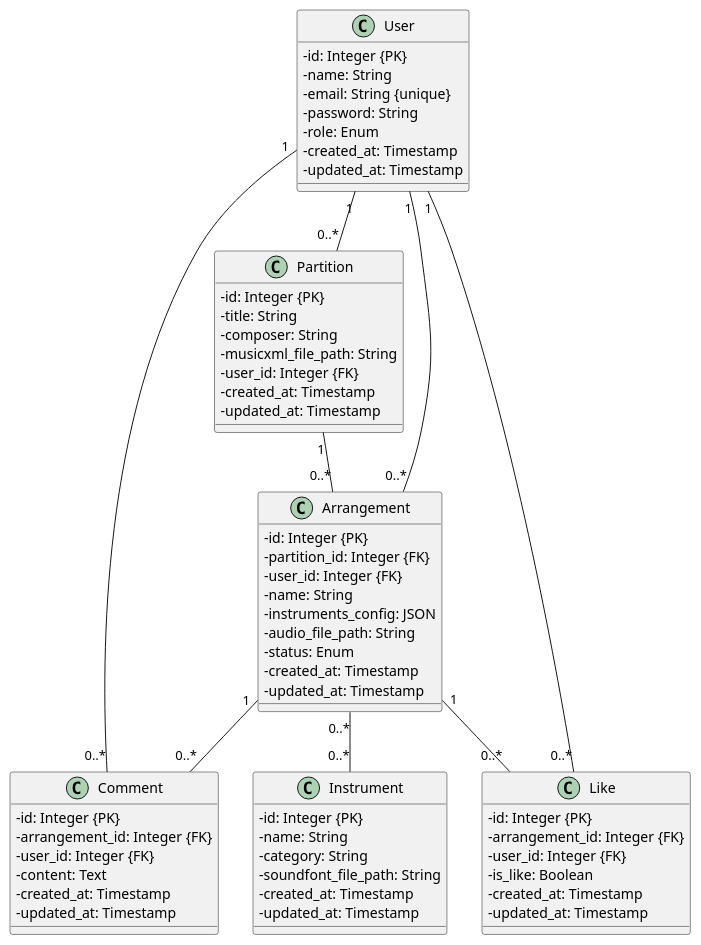
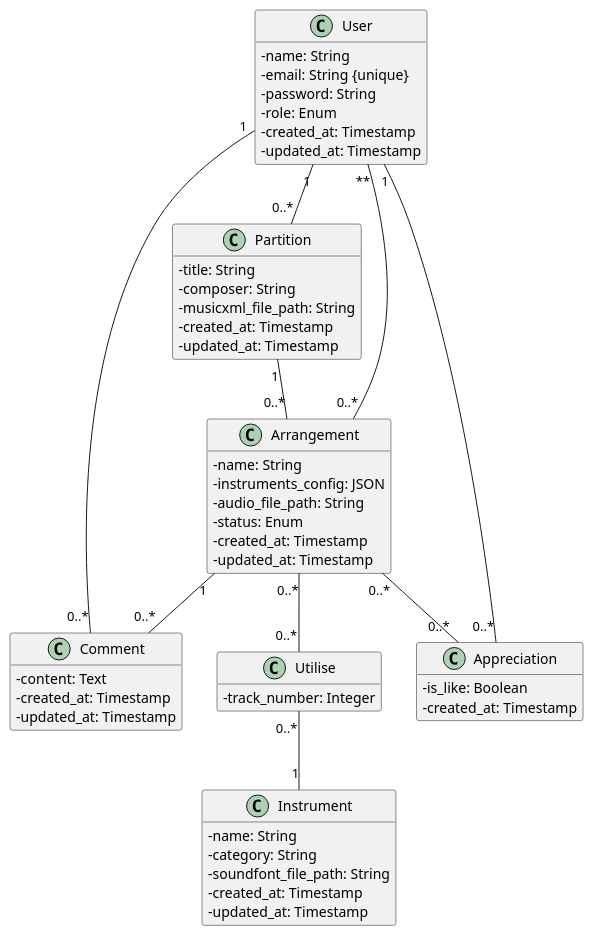
The first of 2 diagrams in README.md (OretrO/Len-Synphonie), drawn with PlantUML before and after one commit. The commit also changed other lines of this file, not shown here.

````diff
--- a/README.md
+++ b/README.md
@@ -62,73 +62,66 @@
 ```plantuml
 skinparam classAttributeIconSize 0
+hide empty members
 
 class User {
-  - id: Integer {PK}
   - name: String
   - email: String {unique}
   - password: String
   - role: Enum
   - created_at: Timestamp
   - updated_at: Timestamp
 }
 
 class Partition {
-  - id: Integer {PK}
   - title: String
   - composer: String
   - musicxml_file_path: String
-  - user_id: Integer {FK}
   - created_at: Timestamp
   - updated_at: Timestamp
 }
 
 class Arrangement {
-  - id: Integer {PK}
-  - partition_id: Integer {FK}
-  - user_id: Integer {FK}
   - name: String
   - instruments_config: JSON
   - audio_file_path: String
   - status: Enum
   - created_at: Timestamp
   - updated_at: Timestamp
 }
 
 class Instrument {
-  - id: Integer {PK}
   - name: String
   - category: String
   - soundfont_file_path: String
   - created_at: Timestamp
   - updated_at: Timestamp
 }
 
 class Comment {
-  - id: Integer {PK}
-  - arrangement_id: Integer {FK}
-  - user_id: Integer {FK}
   - content: Text
   - created_at: Timestamp
   - updated_at: Timestamp
 }
 
-class Like {
-  - id: Integer {PK}
-  - arrangement_id: Integer {FK}
-  - user_id: Integer {FK}
+class Utilise {
+  - track_number: Integer
+}
+
+class Appreciation {
   - is_like: Boolean
   - created_at: Timestamp
-  - updated_at: Timestamp
 }
 
 User "1" -- "0..*" Partition
-User "1" -- "0..*" Arrangement
+User "**" -- "0..*" Arrangement
 User "1" -- "0..*" Comment
-User "1" -- "0..*" Like
+User "1" -- "0..*" Appreciation
 
 Partition "1" -- "0..*" Arrangement
 
 Arrangement "1" -- "0..*" Comment
-Arrangement "1" -- "0..*" Like
-Arrangement "0..*" -- "0..*" Instrument
+Arrangement "0..*" -- "0..*" Utilise
+Utilise "0..*" -- "1" Instrument
+
+Arrangement "0..*" -- "0..*" Appreciation
 ```
````
